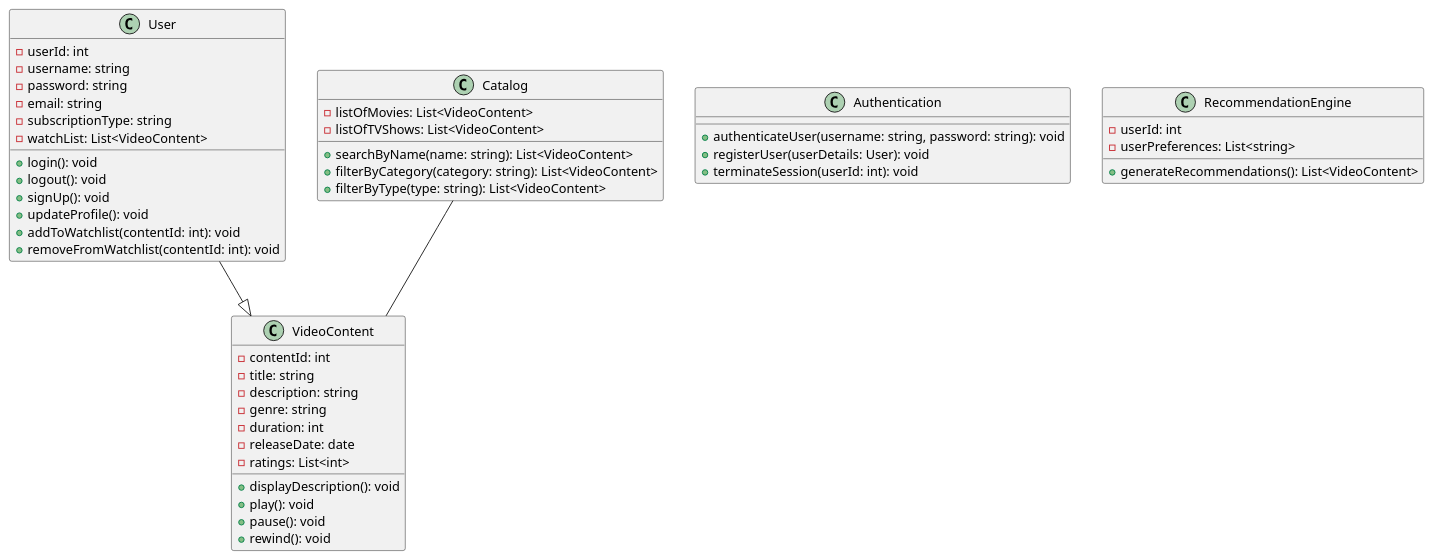
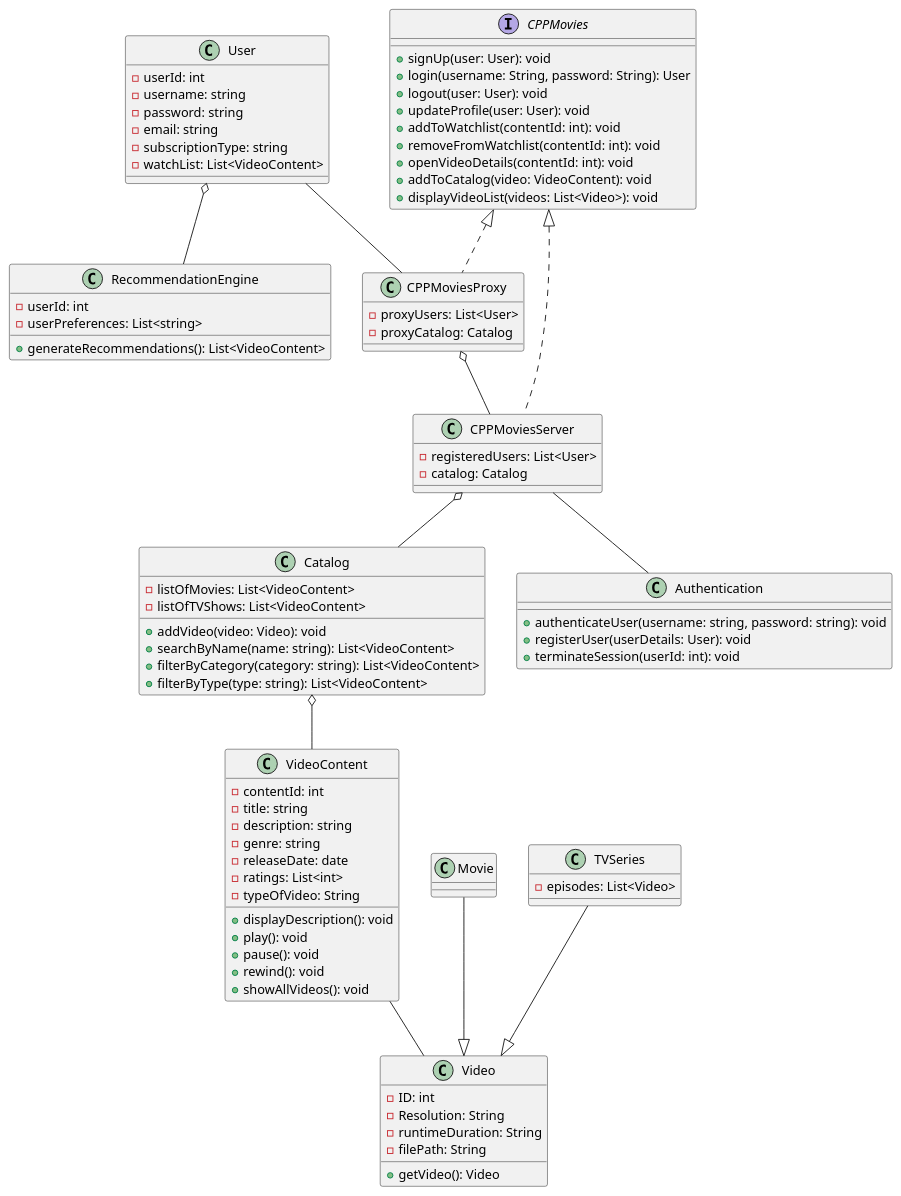
Before and after one commit to cyberdremer/CS4800FinalProject: the diagram in src/main/java/org/part2/ClassDiagram.puml, drawn with PlantUML. The commit also changed 2 other files, not shown here.

Commit message:
updated diagrams

```diff
--- a/src/main/java/org/part2/ClassDiagram.puml
+++ b/src/main/java/org/part2/ClassDiagram.puml
@@ -1,53 +1,104 @@
 @startuml
 class User {
     - userId: int
     - username: string
     - password: string
     - email: string
     - subscriptionType: string
     - watchList: List<VideoContent>
-    + login(): void
-    + logout(): void
-    + signUp(): void
-    + updateProfile(): void
+}
+
+class Video {
+    - ID: int
+    - Resolution: String
+    - runtimeDuration: String
+    - filePath: String
+    + getVideo(): Video
+}
+
+class Movie {
+}
+
+class TVSeries {
+    - episodes: List<Video>
+}
+
+interface CPPMovies {
+    + signUp(user: User): void
+    + login(username: String, password: String): User
+    + logout(user: User): void
+    + updateProfile(user: User): void
     + addToWatchlist(contentId: int): void
     + removeFromWatchlist(contentId: int): void
+    + openVideoDetails(contentId: int): void
+    + addToCatalog(video: VideoContent): void
+    + displayVideoList(videos: List<Video>): void
+}
+
+class CPPMoviesProxy implements CPPMovies {
+    - proxyUsers: List<User>
+    - proxyCatalog: Catalog
+
+}
+
+class CPPMoviesServer implements CPPMovies {
+    - registeredUsers: List<User>
+    - catalog: Catalog
 }
 
 class VideoContent {
     - contentId: int
     - title: string
     - description: string
     - genre: string
-    - duration: int
     - releaseDate: date
     - ratings: List<int>
+    - typeOfVideo: String
     + displayDescription(): void
     + play(): void
     + pause(): void
     + rewind(): void
+    + showAllVideos(): void
 }
 
 class Catalog {
     - listOfMovies: List<VideoContent>
     - listOfTVShows: List<VideoContent>
+    + addVideo(video: Video): void
     + searchByName(name: string): List<VideoContent>
     + filterByCategory(category: string): List<VideoContent>
     + filterByType(type: string): List<VideoContent>
 }
 
 class Authentication {
     + authenticateUser(username: string, password: string): void
     + registerUser(userDetails: User): void
     + terminateSession(userId: int): void
 }
 
 class RecommendationEngine {
     - userId: int
     - userPreferences: List<string>
     + generateRecommendations(): List<VideoContent>
 }
 
-User --|> VideoContent
-Catalog -- VideoContent
+User o-- RecommendationEngine
+
+User -- CPPMoviesProxy
+
+CPPMoviesProxy o-- CPPMoviesServer
+
+CPPMoviesServer o-- Catalog
+
+CPPMoviesServer -- Authentication
+
+Catalog o-- VideoContent
+
+VideoContent -- Video
+
+Movie --|> Video
+TVSeries --|> Video
+
+
+
 @enduml
```
